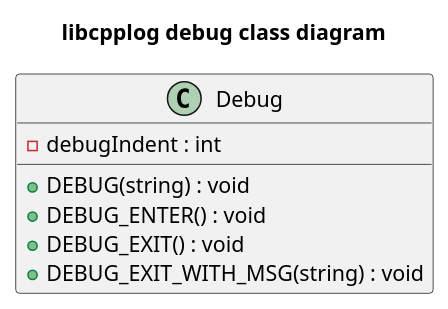
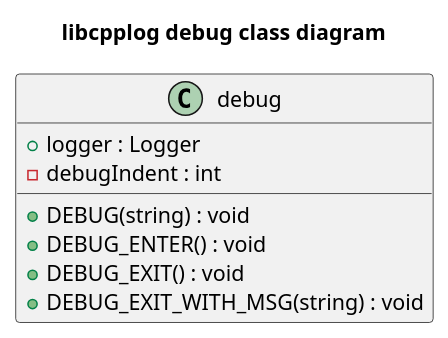
One commit to kfpgk/libcpplog changed the diagram in libcpplog/debug/doc/class.puml. Above: the diagram before and after it, drawn with PlantUML. The commit also changed 7 other files, not shown here.

Commit message:
Make use of logger package via debug::logger object also for debugging

```diff
--- a/libcpplog/debug/doc/class.puml
+++ b/libcpplog/debug/doc/class.puml
@@ -1,13 +1,14 @@
 @startuml debug-class-diagram
 
 title libcpplog debug class diagram
 
-class Debug {
+class debug {
+    + logger : Logger
     - debugIndent : int
     + DEBUG(string) : void
     + DEBUG_ENTER() : void
     + DEBUG_EXIT() : void
     + DEBUG_EXIT_WITH_MSG(string) : void
 }
 
 @enduml
```
